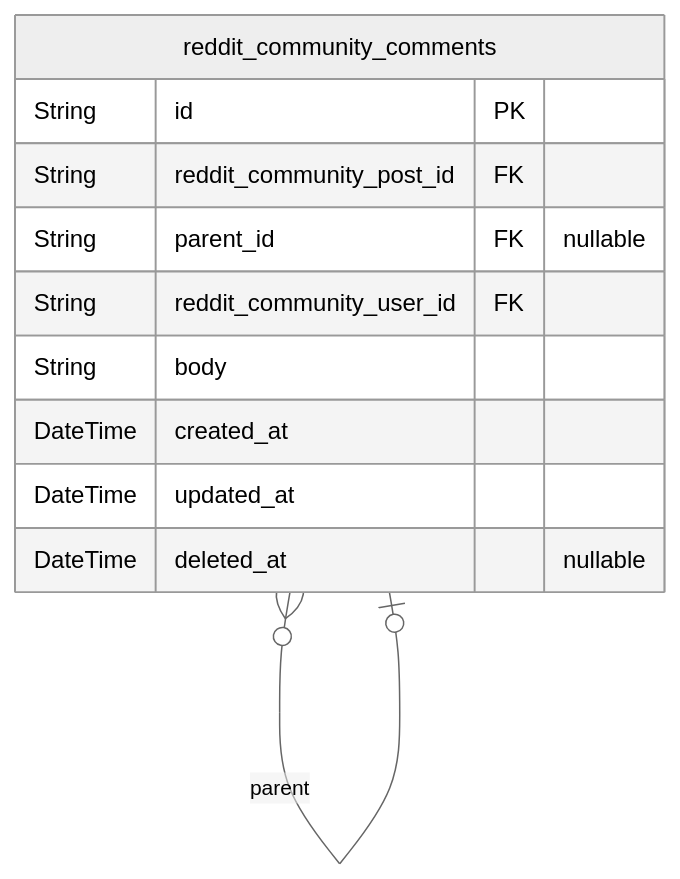
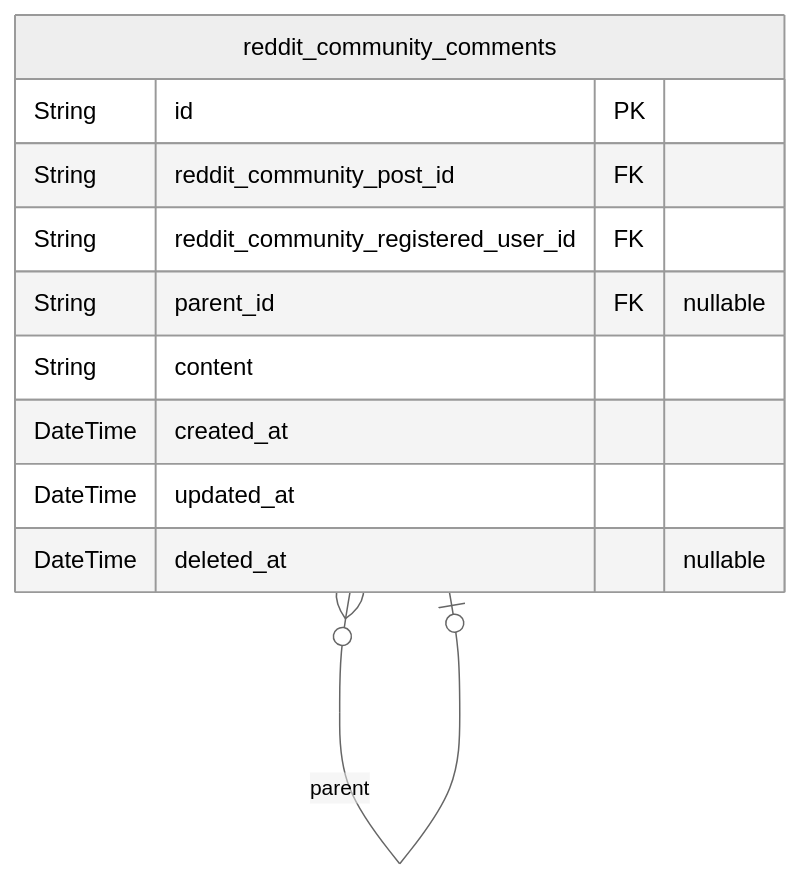
Before and after one commit to wrtnlabs/autobe-examples: the fifth of 9 diagrams in openai/gpt-4.1-mini/reddit/docs/ERD.md, drawn with Mermaid (neutral theme). The commit also changed other lines of this file and 22498 other files, not shown here.

````diff
--- a/openai/gpt-4.1-mini/reddit/docs/ERD.md
+++ b/openai/gpt-4.1-mini/reddit/docs/ERD.md
@@ -419,14 +414,14 @@
 ```mermaid
 erDiagram
 "reddit_community_comments" {
   String id PK
   String reddit_community_post_id FK
+  String reddit_community_registered_user_id FK
   String parent_id FK "nullable"
-  String reddit_community_user_id FK
-  String body
+  String content
   DateTime created_at
   DateTime updated_at
   DateTime deleted_at "nullable"
 }
 "reddit_community_comments" }o--o| "reddit_community_comments" : parent
 ```
````
